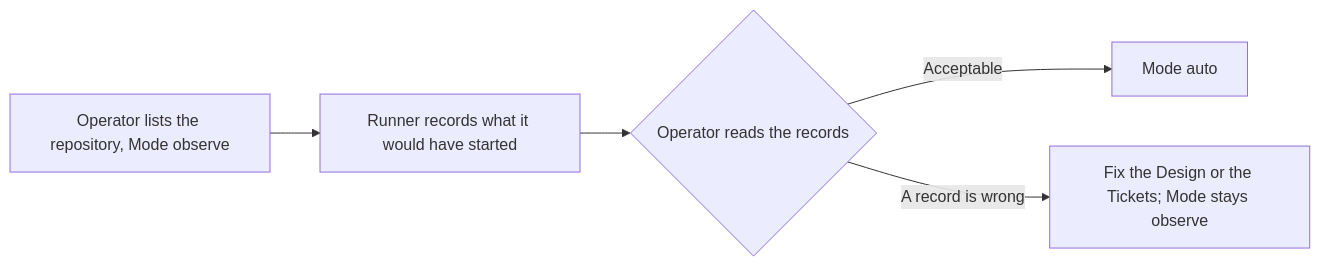
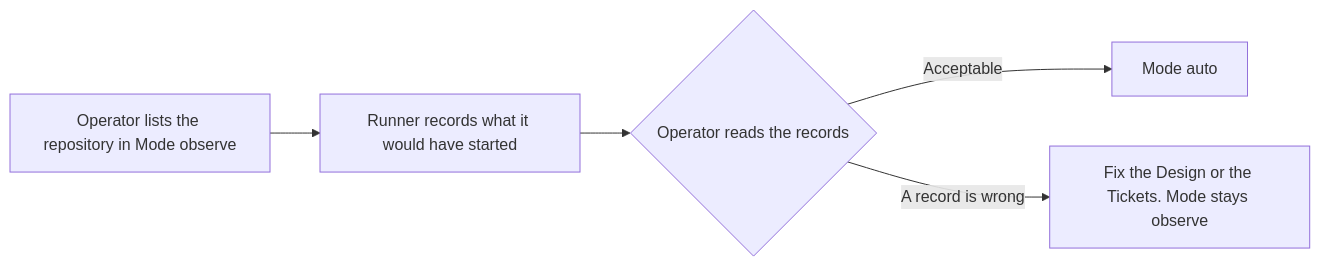
The sixth of 7 diagrams in docs/design/development-pipeline.md (maro114510/skills), drawn with Mermaid before and after one commit. The commit also changed other lines of this file and 2 other files, not shown here.

First line of the commit message:
docs(design): restate the pipeline design and ADR as tables and diagrams

````diff
--- a/docs/design/development-pipeline.md
+++ b/docs/design/development-pipeline.md
@@ -122,7 +173,7 @@
 ```mermaid
 flowchart LR
-    L["Operator lists the repository, Mode observe"] --> W["Runner records what it would have started"]
-    W --> D{"Operator reads the records"}
-    D -->|"Acceptable"| A["Mode auto"]
-    D -->|"A record is wrong"| F["Fix the Design or the Tickets; Mode stays observe"]
+    L[Operator lists the repository in Mode observe] --> W[Runner records what it would have started]
+    W --> D{Operator reads the records}
+    D -->|Acceptable| A[Mode auto]
+    D -->|A record is wrong| F[Fix the Design or the Tickets. Mode stays observe]
 ```
````
